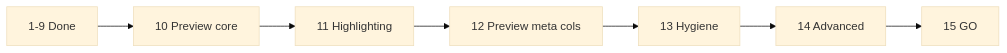
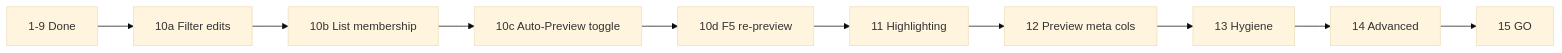
Before and after one commit to davidohana/finebytes: the diagram in .cursor/plans/rename-list-ui.plan.md, drawn with Mermaid (base theme). The commit also changed other lines of this file and 18 other files, not shown here.

First line of the commit message:
feat: update Rename List UI plan and enhance preview functionality

````diff
--- a/.cursor/plans/rename-list-ui.plan.md
+++ b/.cursor/plans/rename-list-ui.plan.md
@@ -109,11 +118,14 @@
 ```mermaid
 flowchart LR
   P1_9[1-9 Done]
-  P10[10 Preview core]
+  P10a[10a Filter edits]
+  P10b[10b List membership]
+  P10c[10c Auto-Preview toggle]
+  P10d[10d F5 re-preview]
   P11[11 Highlighting]
   P12[12 Preview meta cols]
   P13[13 Hygiene]
   P14[14 Advanced]
   P15[15 GO]
-  P1_9 --> P10 --> P11 --> P12 --> P13 --> P14 --> P15
+  P1_9 --> P10a --> P10b --> P10c --> P10d --> P11 --> P12 --> P13 --> P14 --> P15
 ```
````
